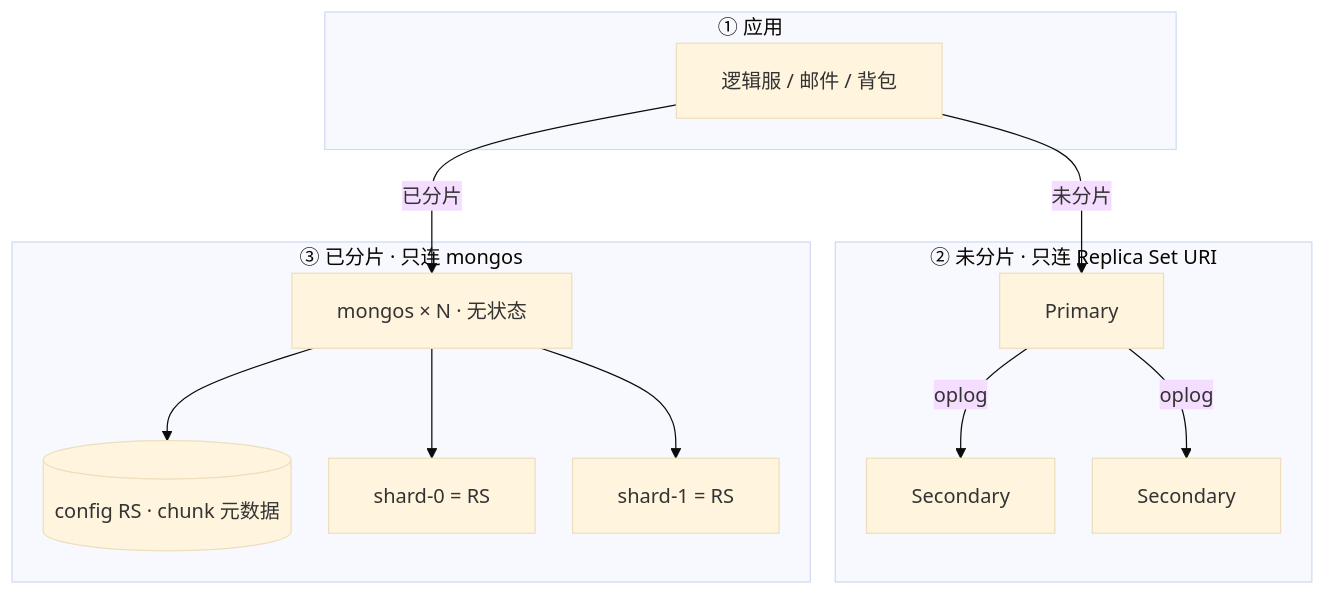
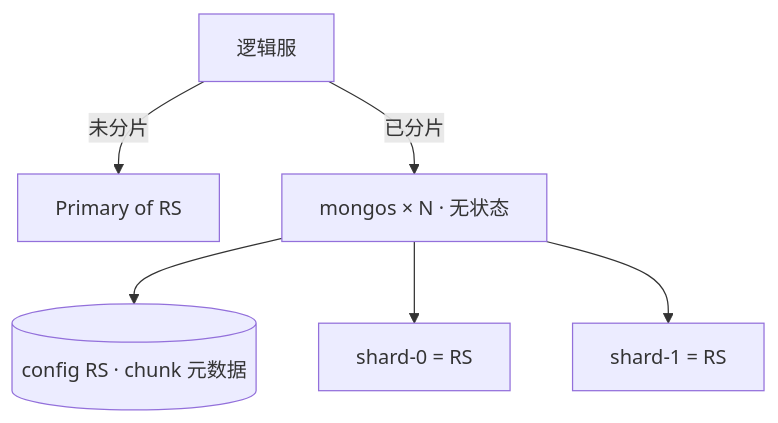
The third of 5 diagrams in 02-中间件与数据库/05-MongoDB/知识点.md (ml-cuizijun/LearnToLilith), drawn with Mermaid before and after one commit. The commit also changed other lines of this file and 178 other files, not shown here.

````diff
--- a/02-中间件与数据库/05-MongoDB/知识点.md
+++ b/02-中间件与数据库/05-MongoDB/知识点.md
@@ -121,34 +185,8 @@
 ```mermaid
-%%{init: {"flowchart": {"padding": 18, "nodeSpacing": 30, "rankSpacing": 50}, "theme": "base"}}%%
 flowchart TB
-    subgraph app ["① 应用"]
-        hall[逻辑服 / 邮件 / 背包]
-    end
-
-    subgraph rs ["② 未分片 · 只连 Replica Set URI"]
-        P[Primary]
-        S1[Secondary]
-        S2[Secondary]
-        P -->|"oplog"| S1
-        P -->|"oplog"| S2
-    end
-
-    subgraph sh ["③ 已分片 · 只连 mongos"]
-        ms[mongos × N · 无状态]
-        cfg[(config RS · chunk 元数据)]
-        s0["shard-0 = RS"]
-        s1["shard-1 = RS"]
-        ms --> cfg
-        ms --> s0
-        ms --> s1
-    end
-
-    hall -->|"未分片"| P
-    hall -->|"已分片"| ms
-
-    class hall appc
-    class P pri
-    class S1,S2 sec
-    class ms,cfg,s0,s1 route
-
+    hall[逻辑服] -->|"未分片"| P[Primary of RS]
+    hall -->|"已分片"| ms[mongos × N · 无状态]
+    ms --> cfg[(config RS · chunk 元数据)]
+    ms --> s0["shard-0 = RS"]
+    ms --> s1["shard-1 = RS"]
 ```
````
